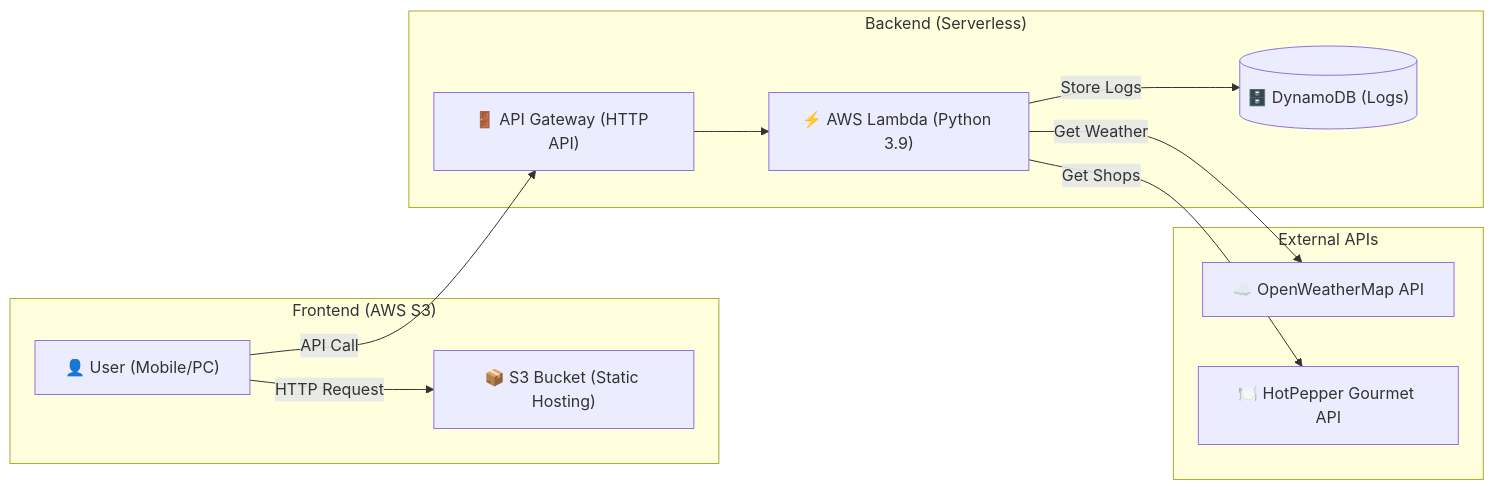
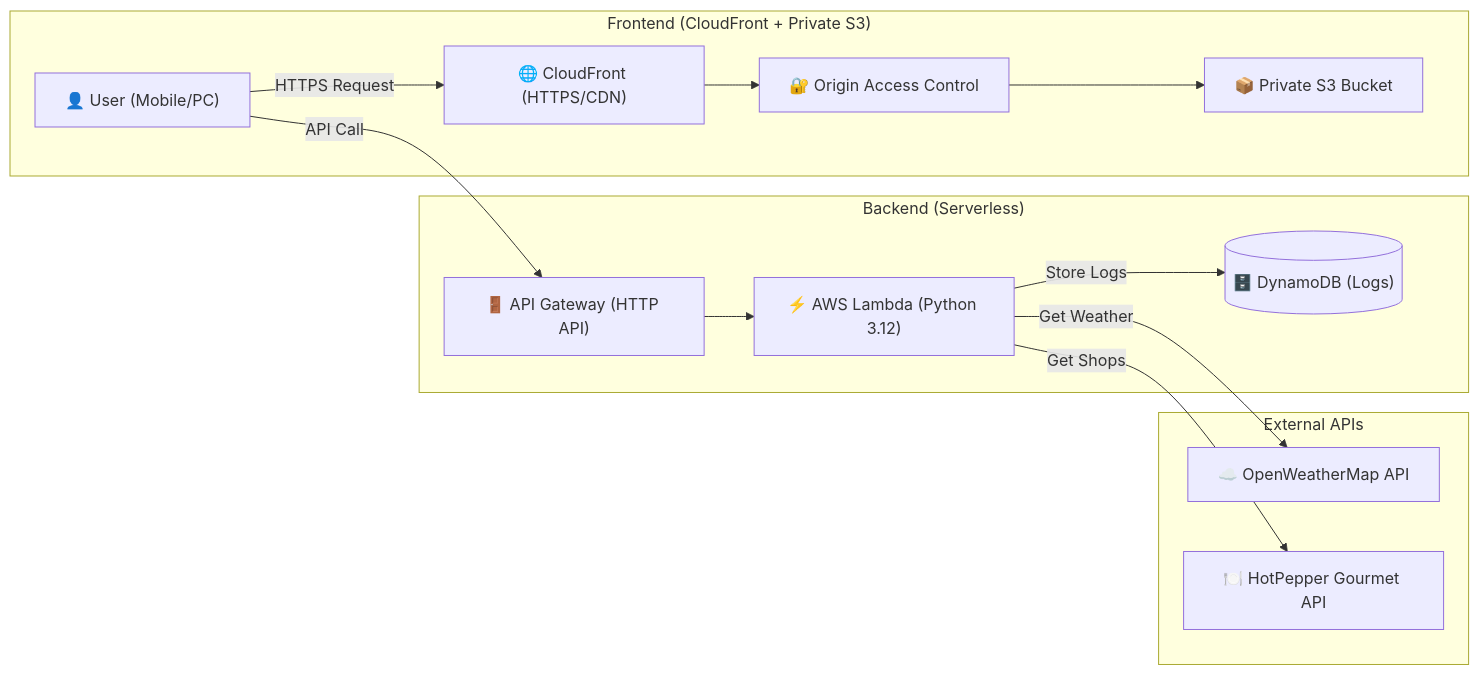
The diagram in README.md (gunchou02/Otenki-Meshi), drawn with Mermaid before and after one commit. The commit also changed other lines of this file, not shown here.

Commit message:
docs: update README with latest architecture

````diff
--- a/README.md
+++ b/README.md
@@ -32,25 +32,29 @@
 ```mermaid
 graph LR
-    subgraph "Frontend (AWS S3)"
+    subgraph "Frontend (CloudFront + Private S3)"
         User["👤 User (Mobile/PC)"]
-        S3["📦 S3 Bucket (Static Hosting)"]
+        CF["🌐 CloudFront (HTTPS/CDN)"]
+        OAC["🔐 Origin Access Control"]
+        S3["📦 Private S3 Bucket"]
     end
 
     subgraph "Backend (Serverless)"
         APIGW["🚪 API Gateway (HTTP API)"]
-        Lambda["⚡ AWS Lambda (Python 3.9)"]
+        Lambda["⚡ AWS Lambda (Python 3.12)"]
         DynamoDB[("🗄️ DynamoDB (Logs)")]
     end
 
     subgraph "External APIs"
         Weather["☁️ OpenWeatherMap API"]
         Gourmet["🍽️ HotPepper Gourmet API"]
     end
 
-    User -->|HTTP Request| S3
+    User -->|HTTPS Request| CF
+    CF --> OAC
+    OAC --> S3
     User -->|API Call| APIGW
     APIGW --> Lambda
     Lambda -->|Get Weather| Weather
     Lambda -->|Get Shops| Gourmet
     Lambda -->|Store Logs| DynamoDB
 ```
````
